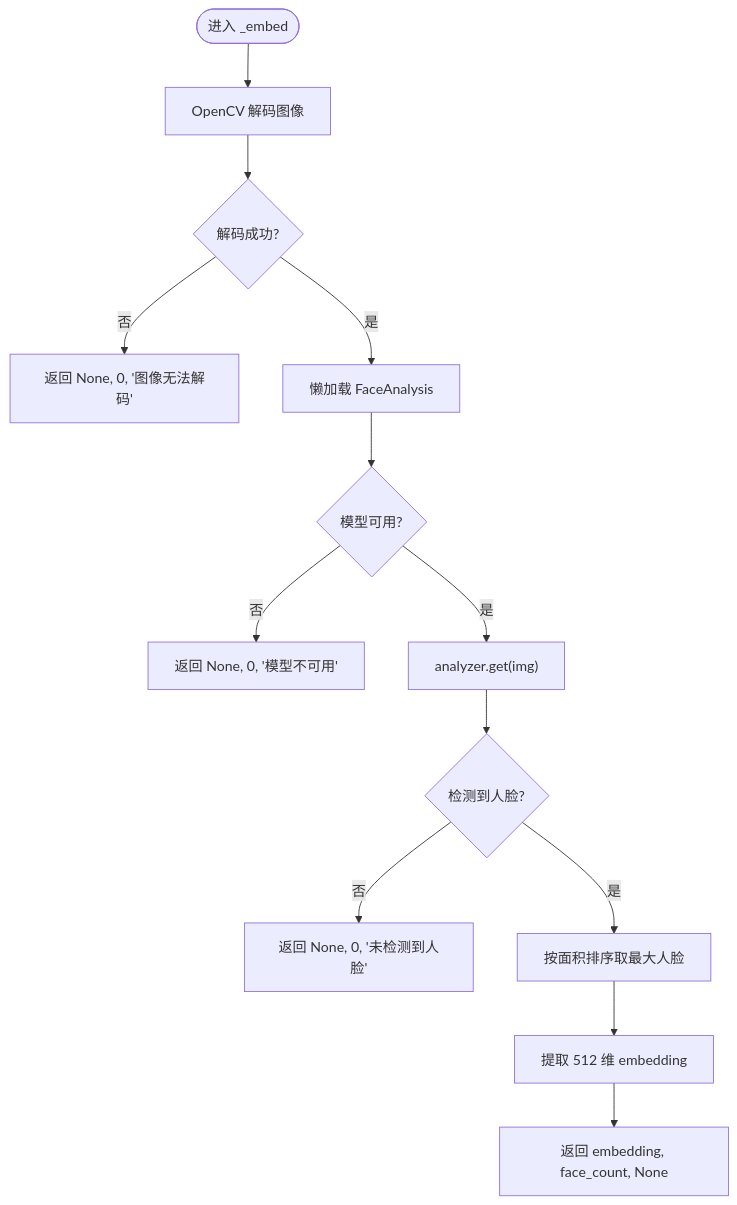
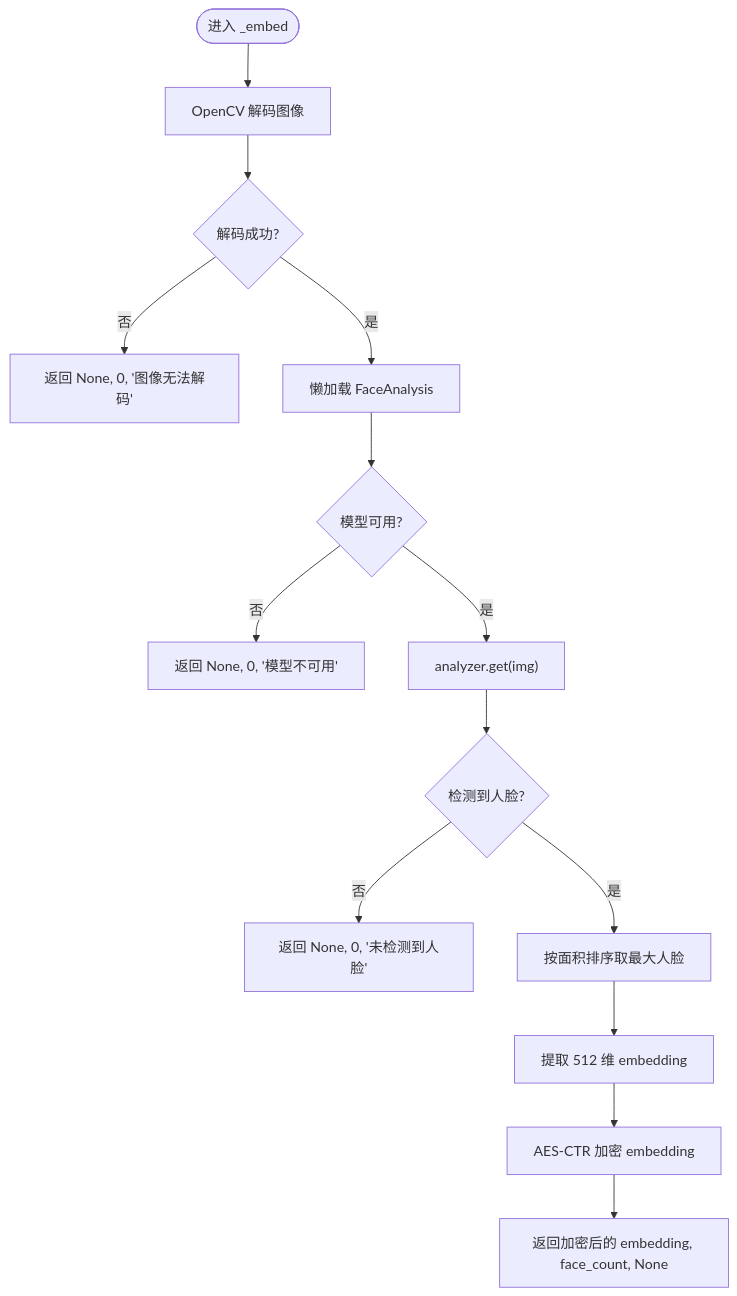
Before and after one commit to onebody/homework: the third of 7 diagrams in .qoder/repowiki/zh/content/暑假作业打卡系统/后端服务架构/服务层架构/人脸识别服务.md, drawn with Mermaid. The commit also changed other lines of this file and 14 other files, not shown here.

````diff
--- a/.qoder/repowiki/zh/content/暑假作业打卡系统/后端服务架构/服务层架构/人脸识别服务.md
+++ b/.qoder/repowiki/zh/content/暑假作业打卡系统/后端服务架构/服务层架构/人脸识别服务.md
@@ -177,15 +193,16 @@
 ```mermaid
 flowchart TD
 Start(["进入 _embed"]) --> Decode["OpenCV 解码图像"]
 Decode --> Decoded{"解码成功?"}
 Decoded --> |否| ReturnErr["返回 None, 0, '图像无法解码'"]
 Decoded --> |是| GetAnalyzer["懒加载 FaceAnalysis"]
 GetAnalyzer --> AnalyzerOK{"模型可用?"}
 AnalyzerOK --> |否| ReturnModelUnavail["返回 None, 0, '模型不可用'"]
 AnalyzerOK --> |是| DetectFaces["analyzer.get(img)"]
 DetectFaces --> HasFaces{"检测到人脸?"}
 HasFaces --> |否| ReturnNoFace["返回 None, 0, '未检测到人脸'"]
 HasFaces --> |是| SortFaces["按面积排序取最大人脸"]
 SortFaces --> ExtractEmb["提取 512 维 embedding"]
-ExtractEmb --> ReturnEmb["返回 embedding, face_count, None"]
+ExtractEmb --> EncryptEmb["AES-CTR 加密 embedding"]
+EncryptEmb --> ReturnEmb["返回加密后的 embedding, face_count, None"]
 ```
````
